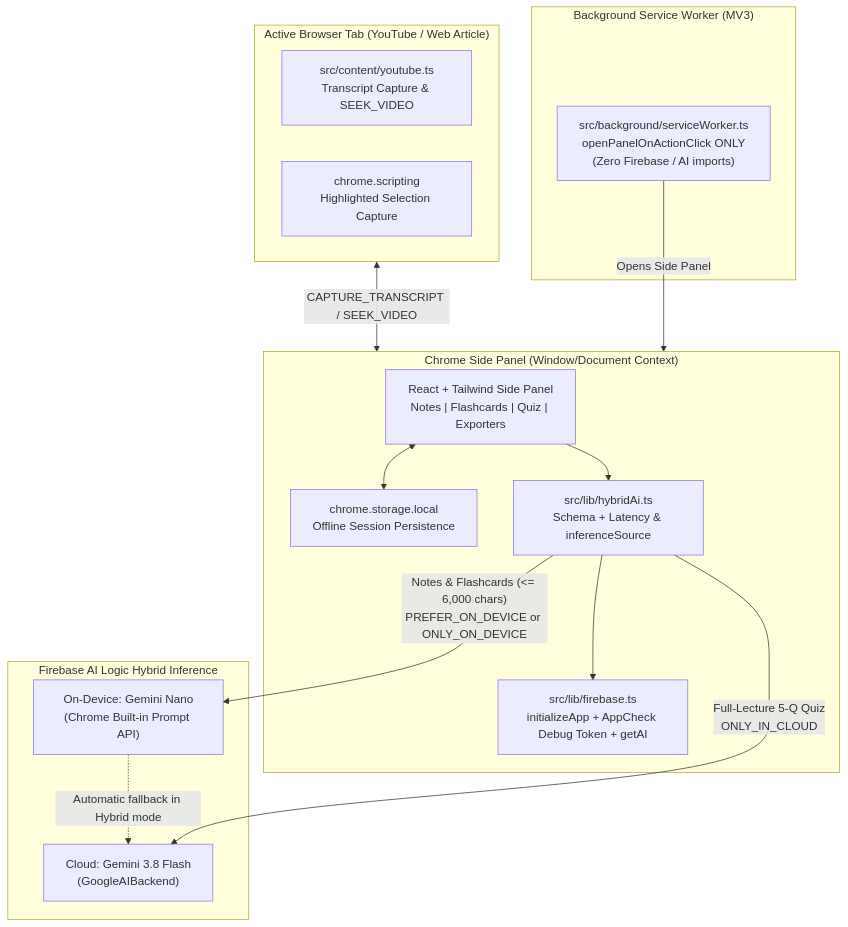
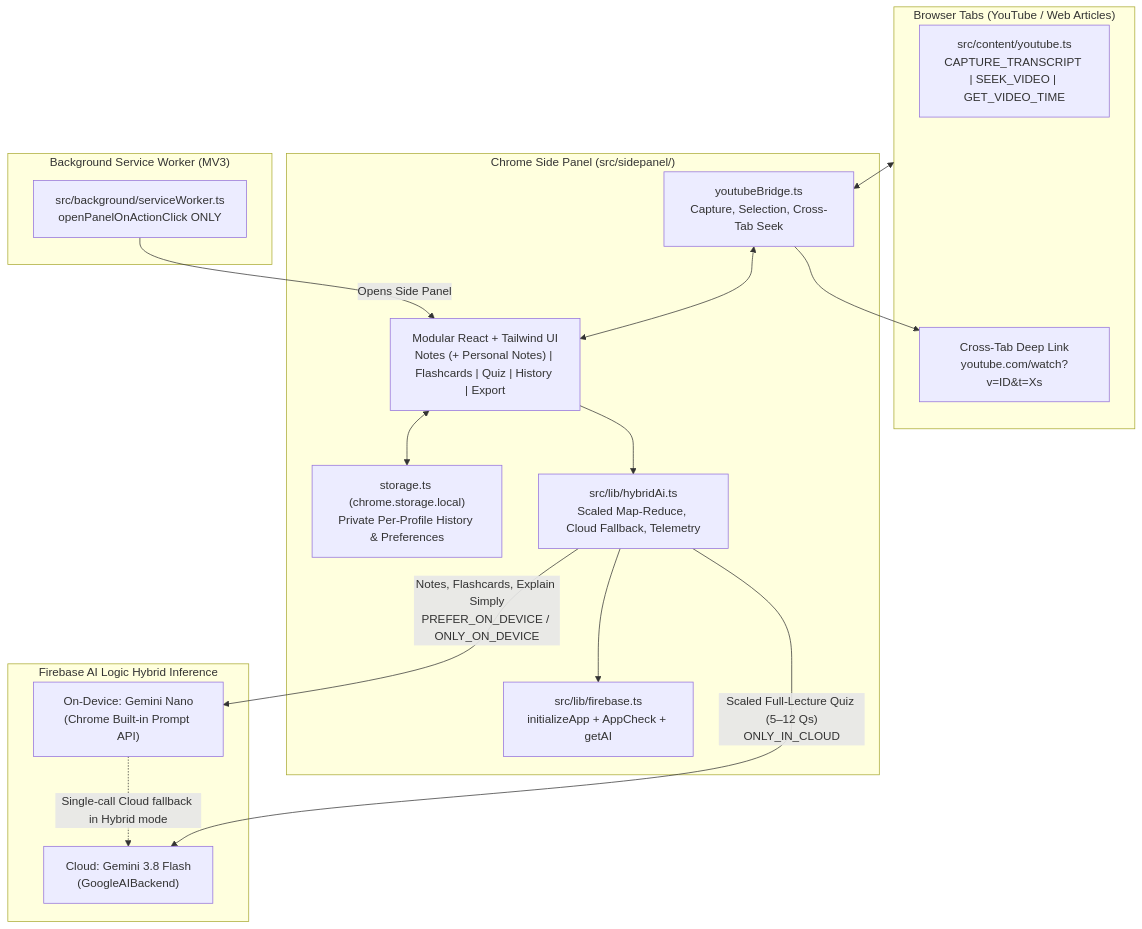
One commit to vadymstroiu/LectureLens-AI changed the diagram in README.md. Above: the diagram before and after it, drawn with Mermaid. The commit also changed other lines of this file and 38 other files, not shown here.

First line of the commit message:
feat: upgrade LectureLens AI with auto study-kit pipeline, scaled hybrid inference, personal notes, history, and MV3 hardening

````diff
--- a/README.md
+++ b/README.md
@@ -28,32 +46,35 @@
 ```mermaid
 flowchart TB
-    subgraph TAB["Active Browser Tab (YouTube / Web Article)"]
-        CS["src/content/youtube.ts<br/>Transcript Capture & SEEK_VIDEO"]
-        SEL["chrome.scripting<br/>Highlighted Selection Capture"]
+    subgraph TAB["Browser Tabs (YouTube / Web Articles)"]
+        YT["src/content/youtube.ts<br/>CAPTURE_TRANSCRIPT | SEEK_VIDEO | GET_VIDEO_TIME"]
+        NEW["Cross-Tab Deep Link<br/>youtube.com/watch?v=ID&t=Xs"]
     end
 
     subgraph BG["Background Service Worker (MV3)"]
-        SW["src/background/serviceWorker.ts<br/>openPanelOnActionClick ONLY<br/>(Zero Firebase / AI imports)"]
+        SW["src/background/serviceWorker.ts<br/>openPanelOnActionClick ONLY"]
     end
 
-    subgraph SP["Chrome Side Panel (Window/Document Context)"]
-        UI["React + Tailwind Side Panel<br/>Notes | Flashcards | Quiz | Exporters"]
-        STORE["chrome.storage.local<br/>Offline Session Persistence"]
-        FB["src/lib/firebase.ts<br/>initializeApp + AppCheck Debug Token + getAI"]
-        AI["src/lib/hybridAi.ts<br/>Schema + Latency & inferenceSource"]
+    subgraph SP["Chrome Side Panel (src/sidepanel/)"]
+        BRIDGE["youtubeBridge.ts<br/>Capture, Selection, Cross-Tab Seek"]
+        UI["Modular React + Tailwind UI<br/>Notes (+ Personal Notes) | Flashcards | Quiz | History | Export"]
+        STORE["storage.ts (chrome.storage.local)<br/>Private Per-Profile History & Preferences"]
+        FB["src/lib/firebase.ts<br/>initializeApp + AppCheck + getAI"]
+        AI["src/lib/hybridAi.ts<br/>Scaled Map-Reduce, Cloud Fallback, Telemetry"]
     end
 
     subgraph ENGINES["Firebase AI Logic Hybrid Inference"]
         NANO["On-Device: Gemini Nano<br/>(Chrome Built-in Prompt API)"]
         CLOUD["Cloud: Gemini 3.8 Flash<br/>(GoogleAIBackend)"]
     end
 
-    TAB <-->|"CAPTURE_TRANSCRIPT / SEEK_VIDEO"| SP
-    SW -->|"Opens Side Panel"| SP
+    TAB <--> BRIDGE
+    BRIDGE --> NEW
+    SW -->|"Opens Side Panel"| UI
+    BRIDGE <--> UI
     UI <--> STORE
     UI --> AI
     AI --> FB
-    AI -->|"Notes & Flashcards (<= 6,000 chars)<br/>PREFER_ON_DEVICE or ONLY_ON_DEVICE"| NANO
-    NANO -.->|"Automatic fallback in Hybrid mode"| CLOUD
-    AI -->|"Full-Lecture 5-Q Quiz<br/>ONLY_IN_CLOUD"| CLOUD
+    AI -->|"Notes, Flashcards, Explain Simply<br/>PREFER_ON_DEVICE / ONLY_ON_DEVICE"| NANO
+    NANO -.->|"Single-call Cloud fallback in Hybrid mode"| CLOUD
+    AI -->|"Scaled Full-Lecture Quiz (5–12 Qs)<br/>ONLY_IN_CLOUD"| CLOUD
 ```
````
